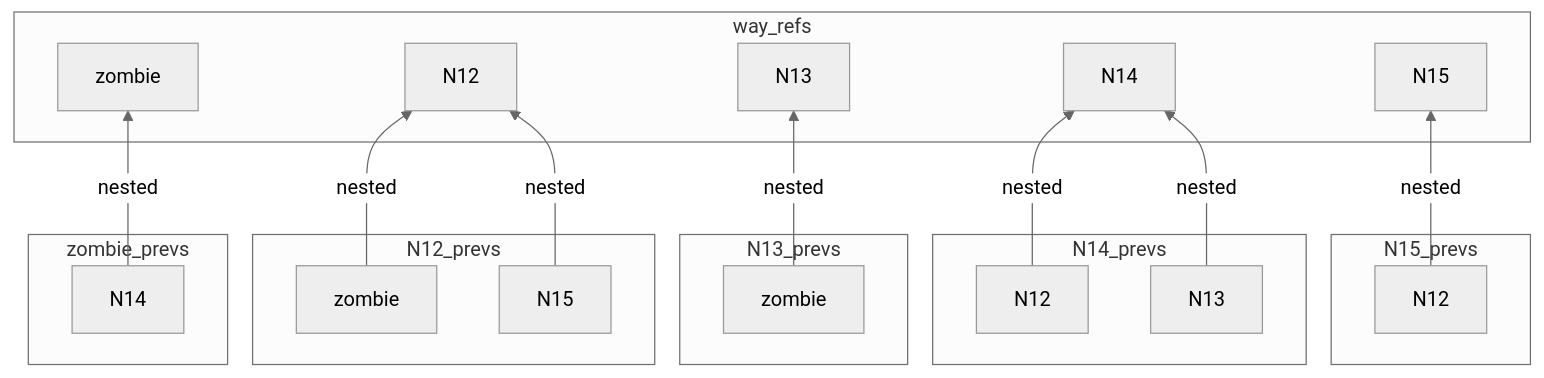
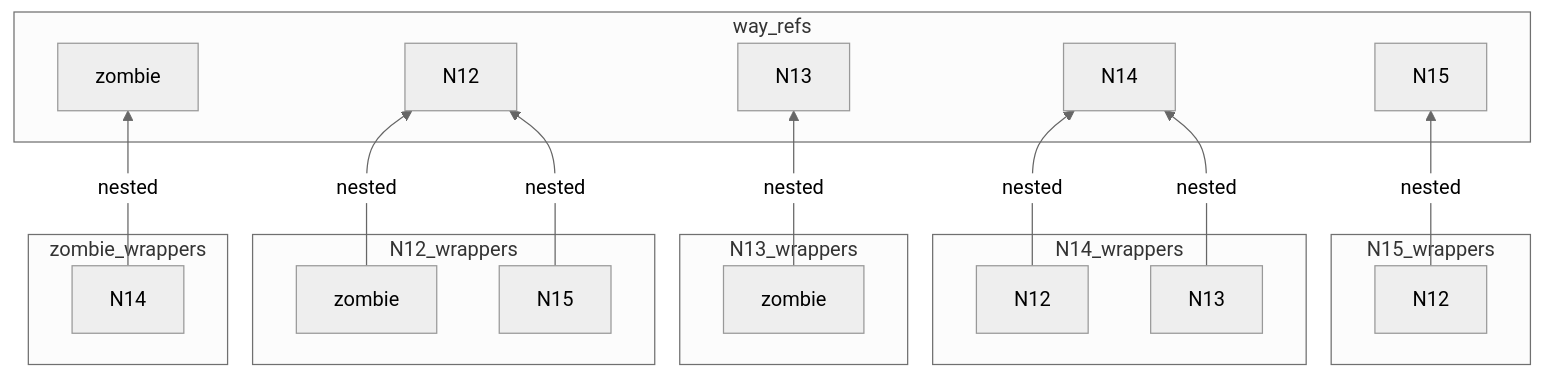
One commit to denischanc/cmap changed the second of 3 diagrams in src/kernel/README.md. Above: the diagram before and after it, drawn with Mermaid (neutral theme). The commit also changed other lines of this file, not shown here.

````diff
--- a/src/kernel/README.md
+++ b/src/kernel/README.md
@@ -26,32 +26,32 @@
 ```mermaid
 flowchart BT
   subgraph way_refs
     zombie
     N12
     N13
     N14
     N15
   end
-  subgraph zombie_prevs
+  subgraph zombie_wrappers
     zombie_N14[N14]
   end
   zombie_N14 -- nested --> zombie
-  subgraph N12_prevs
+  subgraph N12_wrappers
     N12_zombie[zombie]
     N12_N15[N15]
   end
   N12_zombie & N12_N15 -- nested --> N12
-  subgraph N13_prevs
+  subgraph N13_wrappers
     N13_zombie[zombie]
   end
   N13_zombie -- nested --> N13
-  subgraph N14_prevs
+  subgraph N14_wrappers
     N14_N12[N12]
     N14_N13[N13]
   end
   N14_N12 & N14_N13 -- nested --> N14
-  subgraph N15_prevs
+  subgraph N15_wrappers
     N15_N12[N12]
   end
   N15_N12 -- nested --> N15
 ```
````
